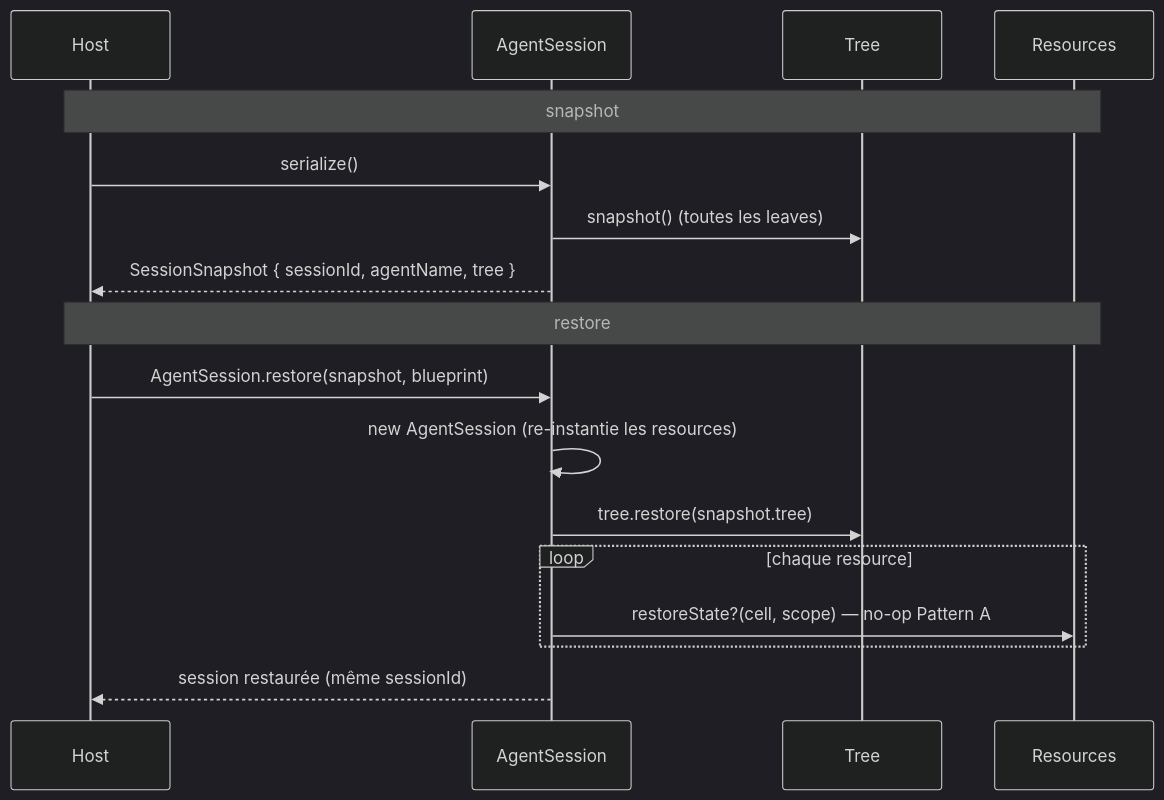
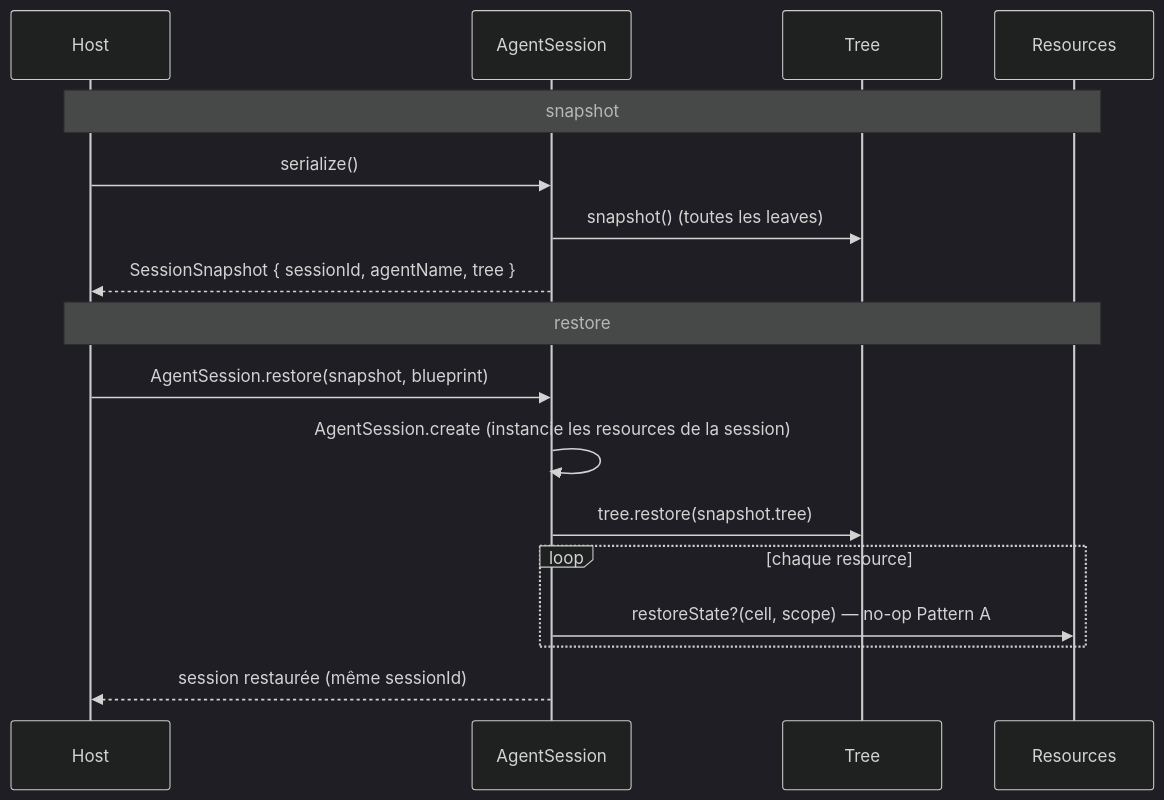
Before and after one commit to wynsure/wynsure-agent-harness: the sixth of 6 diagrams in docs/architecture.spec.md, drawn with Mermaid (dark theme). The commit also changed other lines of this file and 52 other files, not shown here.

````diff
--- a/docs/architecture.spec.md
+++ b/docs/architecture.spec.md
@@ -339,19 +388,19 @@
 ```mermaid
-sequenceDiagram
+    sequenceDiagram
     participant H as Host
     participant S as AgentSession
     participant T as Tree
     participant R as Resources
     Note over H,R: snapshot
     H->>S: serialize()
     S->>T: snapshot() (toutes les leaves)
     S-->>H: SessionSnapshot { sessionId, agentName, tree }
     Note over H,R: restore
     H->>S: AgentSession.restore(snapshot, blueprint)
-    S->>S: new AgentSession (re-instantie les resources)
+    S->>S: AgentSession.create (instancie les resources de la session)
     S->>T: tree.restore(snapshot.tree)
     loop chaque resource
         S->>R: restoreState?(cell, scope) — no-op Pattern A
     end
     S-->>H: session restaurée (même sessionId)
 ```
````
